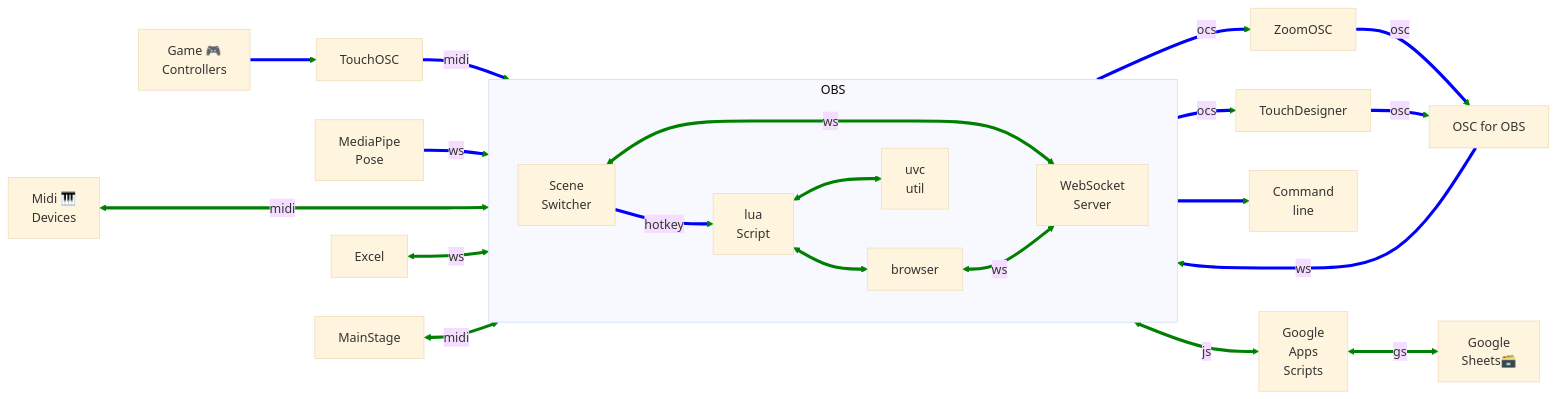
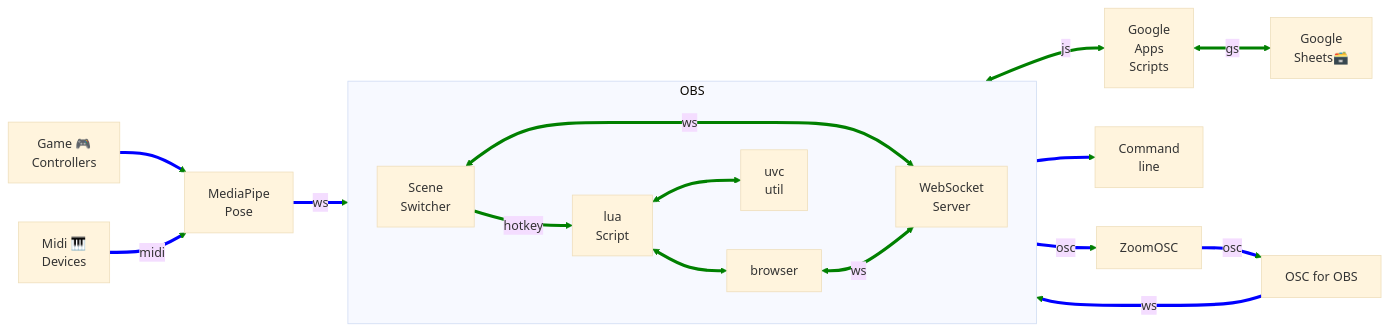
The second of 2 diagrams in README.md (UUoocl/MediaPipe_for_OBS), drawn with Mermaid (base theme) before and after one commit.

````diff
--- a/README.md
+++ b/README.md
@@ -101,74 +101,40 @@
 ```mermaid
 flowchart LR
-
 O4O["OSC for OBS"]
-XL[Excel]
 GC[Game 🎮\n Controllers]
-MnStg[MainStage]
-TOSC[TouchOSC]
-TD[TouchDesigner]
 MP["MediaPipe \n Pose"]
 GAS["Google \n Apps \n Scripts"]
 GS["Google \n Sheets🗃️"]
 Midi["Midi 🎹 \n Devices"]
 AS["Command\nline"]
-%%OBSBOT_Center["OBSBOT Center"]
 ZOSC[ZoomOSC]
-%%Shortcuts[MacOS\nShortcuts]
 
-
-%%MP --websocket-->ss
-%%MP -->obs-b
-GC-->TOSC
+GC-->MP
+Midi--"midi"-->MP
 ZOSC--"osc"-->O4O
-TOSC--midi-->ss
-ss--"ocs"-->TD
-ss--"ocs"-->ZOSC
-%%ss--"ocs"-->OBSBOT_Center
+MP --"ws"-->wss
 O4O--"ws"-->wss
-MP --"ws"-->wss
-TD --"osc"--> O4O
-Midi<---->|midi|ss
-%%ss<--midi-->Midi
-%%ss<--midi-->MnStg
-%%TOSC --"ocs2 out"--> ZOSC
-%%TOSC <--"ocs3"--> O4O
-XL <--"ws"--> wss
-%%Midi <--> TOSC
-%%TOSC<--"ocs1"-->OBSBOT_Center
-%%TD---ss
-%%ss--"ocs2 in"-->TOSC
-MnStg<--"midi"-->ss
+lua-->AS
 GAS<--gs-->GS
 obs-b<--"js"-->GAS
-lua-->AS
-%%lua-->Shortcuts
+ss--"osc"-->ZOSC
 subgraph OBS[OBS]
     direction LR
 
     lua["lua \n Script"]
     ss["Scene \n Switcher"]
     obs-b[browser]
     wss["WebSocket \nServer"]
     
     ss--hotkey-->lua
-    %%wss<-->obs-b
-    %%util<-->camera["USB \n PTZ \n Camera"] 
     ss<--"ws"-->wss
     obs-b<--"ws"-->wss
-    %%wss<-->ss
     lua<-->obs-b
     lua<-->util["uvc \n util"]
+    
 end
 
-%%subgraph Zoom Clients
-    %%ZOSC[ZoomOSC]
-    %%Zoom
-    %%ZoomShortcuts
-%%end
+linkStyle default stroke-width:4px,fill:none,stroke:green;
+linkStyle 0,1,2,3,4,5,8 stroke-width:4px,fill:none,stroke:blue;
 
-
-
-linkStyle default stroke-width:4px,fill:none,stroke:green;
-linkStyle 0,1,3,2,4,5,6,7,13,14 stroke-width:4px,fill:none,stroke:blue;
 ```
````
